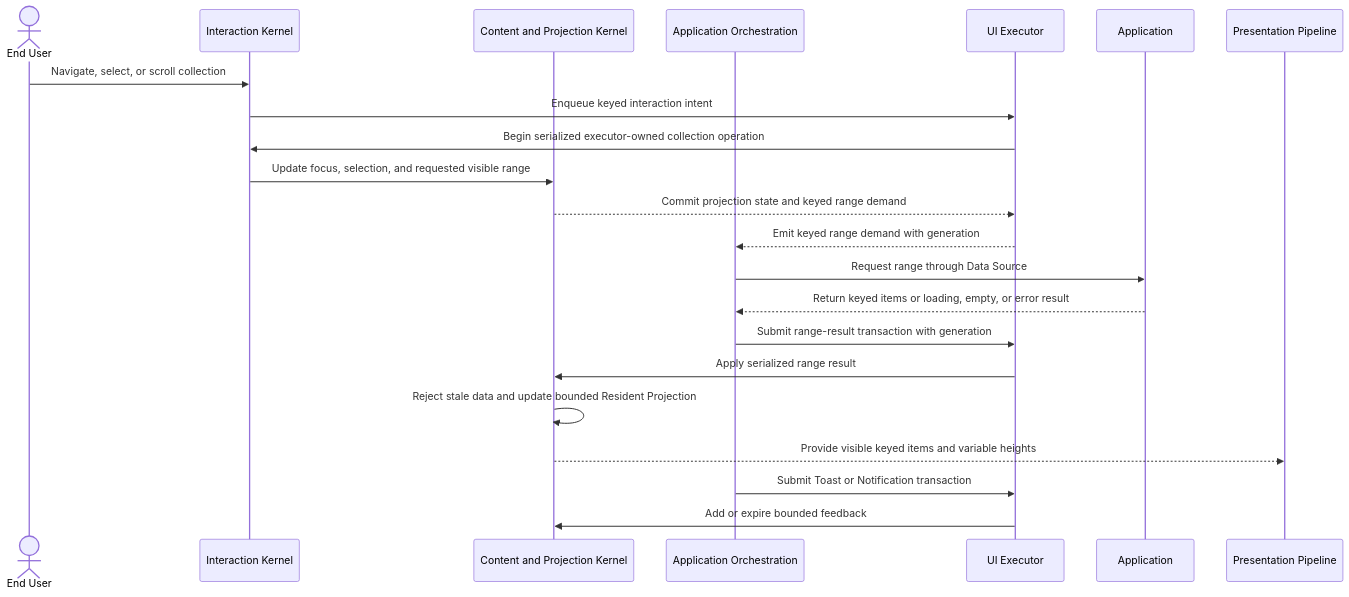
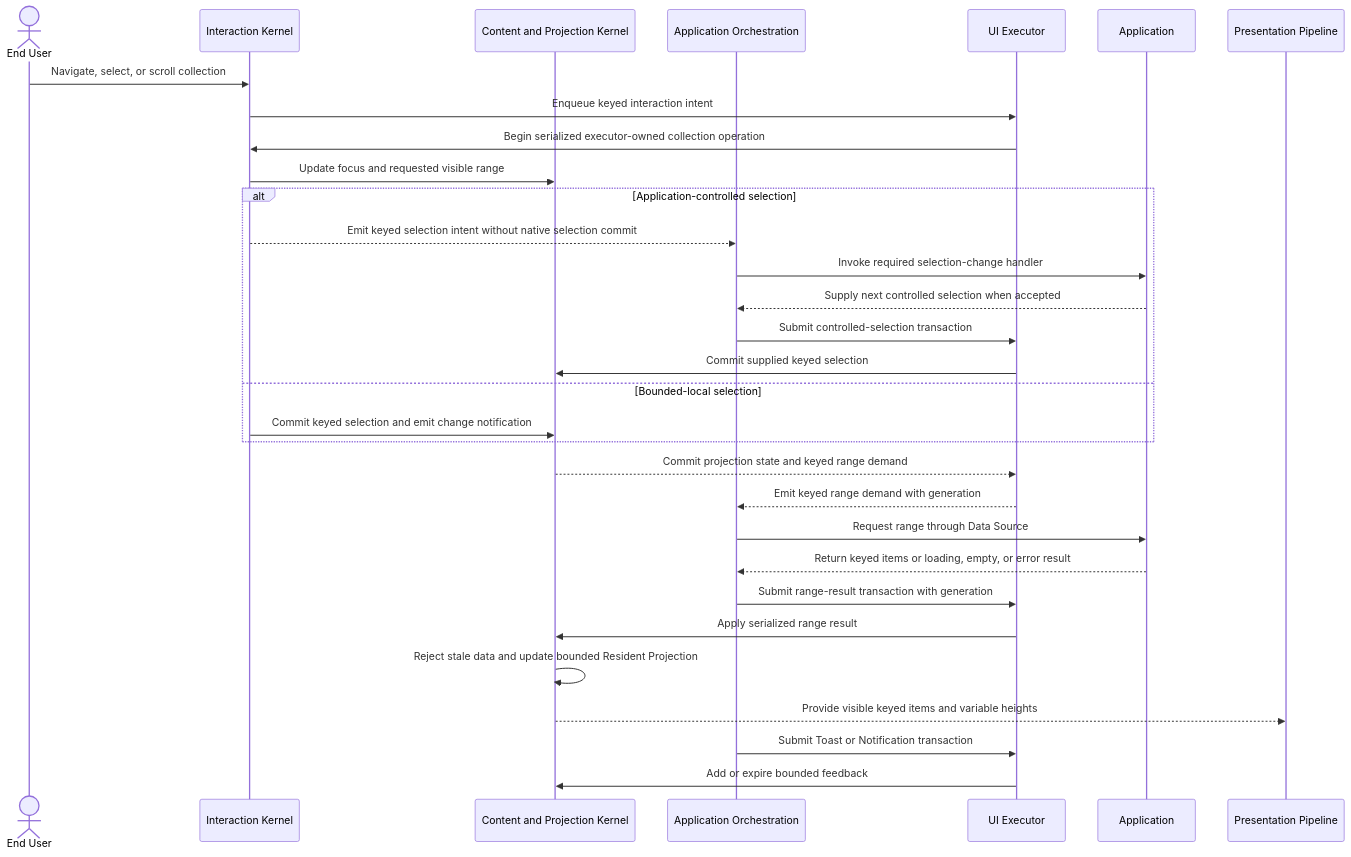
One commit to Tuvren/tuvren-tui changed the diagram in .constitution/architecture/flows/virtual-collection-feedback.md. Above: the diagram before and after it, drawn with Mermaid. The commit also changed other lines of this file and 6 other files, not shown here.

First line of the commit message:
docs: distinguish controlled selection and runtime replay

````diff
--- a/.constitution/architecture/flows/virtual-collection-feedback.md
+++ b/.constitution/architecture/flows/virtual-collection-feedback.md
@@ -9,25 +9,34 @@
 ```mermaid
 sequenceDiagram
     actor EU as End User
     participant Interact as Interaction Kernel
     participant Content as Content and Projection Kernel
     participant Orch as Application Orchestration
     participant Exec as UI Executor
     participant App as Application
     participant Present as Presentation Pipeline
 
     EU->>Interact: Navigate, select, or scroll collection
     Interact->>Exec: Enqueue keyed interaction intent
     Exec->>Interact: Begin serialized executor-owned collection operation
-    Interact->>Content: Update focus, selection, and requested visible range
+    Interact->>Content: Update focus and requested visible range
+    alt Application-controlled selection
+        Interact-->>Orch: Emit keyed selection intent without native selection commit
+        Orch->>App: Invoke required selection-change handler
+        App-->>Orch: Supply next controlled selection when accepted
+        Orch->>Exec: Submit controlled-selection transaction
+        Exec->>Content: Commit supplied keyed selection
+    else Bounded-local selection
+        Interact->>Content: Commit keyed selection and emit change notification
+    end
     Content-->>Exec: Commit projection state and keyed range demand
     Exec-->>Orch: Emit keyed range demand with generation
     Orch->>App: Request range through Data Source
     App-->>Orch: Return keyed items or loading, empty, or error result
     Orch->>Exec: Submit range-result transaction with generation
     Exec->>Content: Apply serialized range result
     Content->>Content: Reject stale data and update bounded Resident Projection
     Content-->>Present: Provide visible keyed items and variable heights
     Orch->>Exec: Submit Toast or Notification transaction
     Exec->>Content: Add or expire bounded feedback
 ```
````
